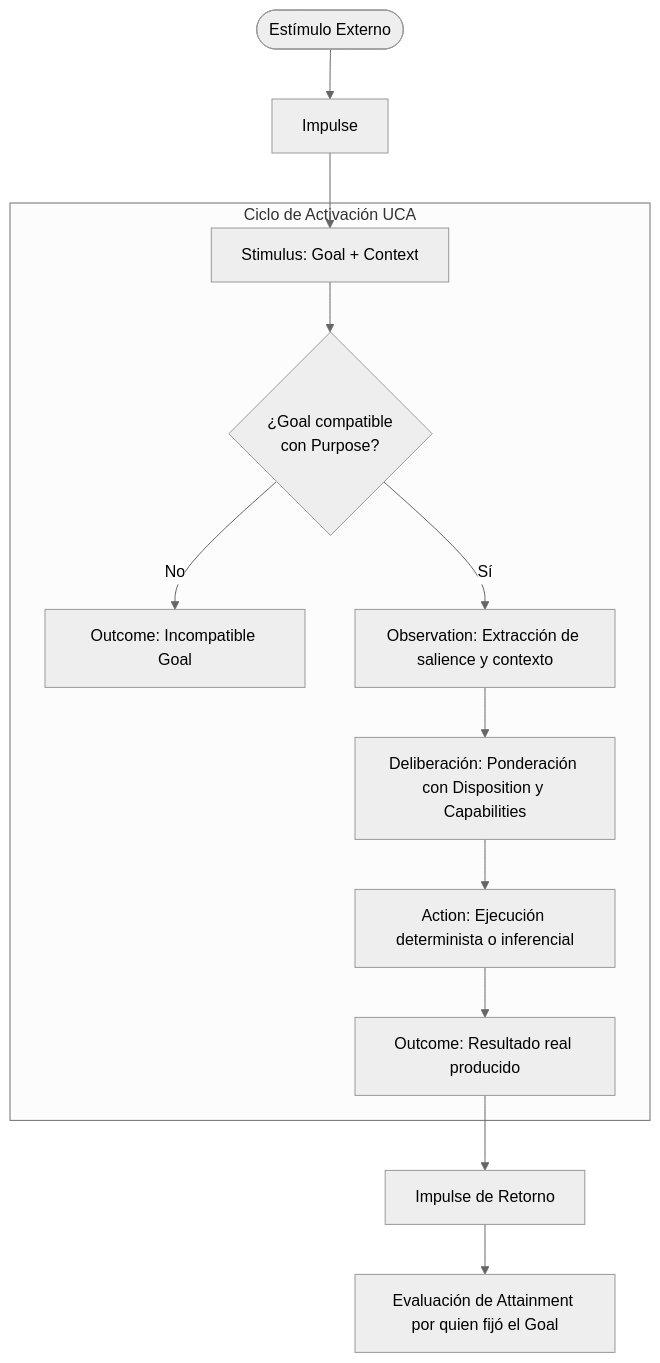
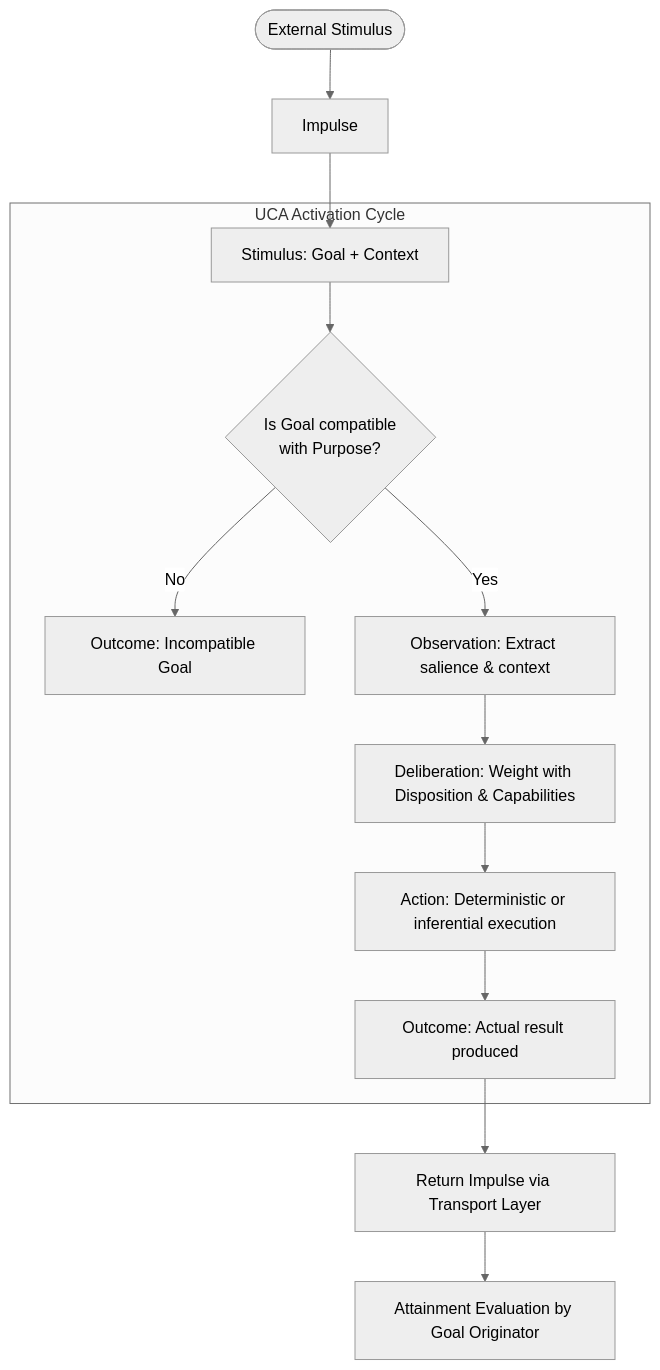
One commit to christian-marino-alvarez/uca-specification changed the diagram in README.md. Above: the diagram before and after it, drawn with Mermaid (neutral theme). The commit also changed other lines of this file and 6 other files, not shown here.

````diff
--- a/README.md
+++ b/README.md
@@ -42,17 +46,17 @@
 ```mermaid
 flowchart TD
-    EXT([Estímulo Externo]) --> IMP[Impulse]
+    EXT([External Stimulus]) --> IMP[Impulse]
     IMP --> STIM[Stimulus: Goal + Context]
     
-    subgraph UCA [Ciclo de Activación UCA]
-        STIM --> VAL{¿Goal compatible<br/>con Purpose?}
+    subgraph UCA [UCA Activation Cycle]
+        STIM --> VAL{Is Goal compatible<br/>with Purpose?}
         VAL -- No --> REJ[Outcome: Incompatible Goal]
-        VAL -- Sí --> OBS[Observation: Extracción de salience y contexto]
-        OBS --> DEC[Deliberación: Ponderación con Disposition y Capabilities]
-        DEC --> ACT[Action: Ejecución determinista o inferencial]
-        ACT --> OUT[Outcome: Resultado real producido]
+        VAL -- Yes --> OBS[Observation: Extract salience & context]
+        OBS --> DEC[Deliberation: Weight with Disposition & Capabilities]
+        DEC --> ACT[Action: Deterministic or inferential execution]
+        ACT --> OUT[Outcome: Actual result produced]
     end
     
-    OUT --> RET[Impulse de Retorno]
-    RET --> ATT[Evaluación de Attainment por quien fijó el Goal]
+    OUT --> RET[Return Impulse via Transport Layer]
+    RET --> ATT[Attainment Evaluation by Goal Originator]
 ```
````
